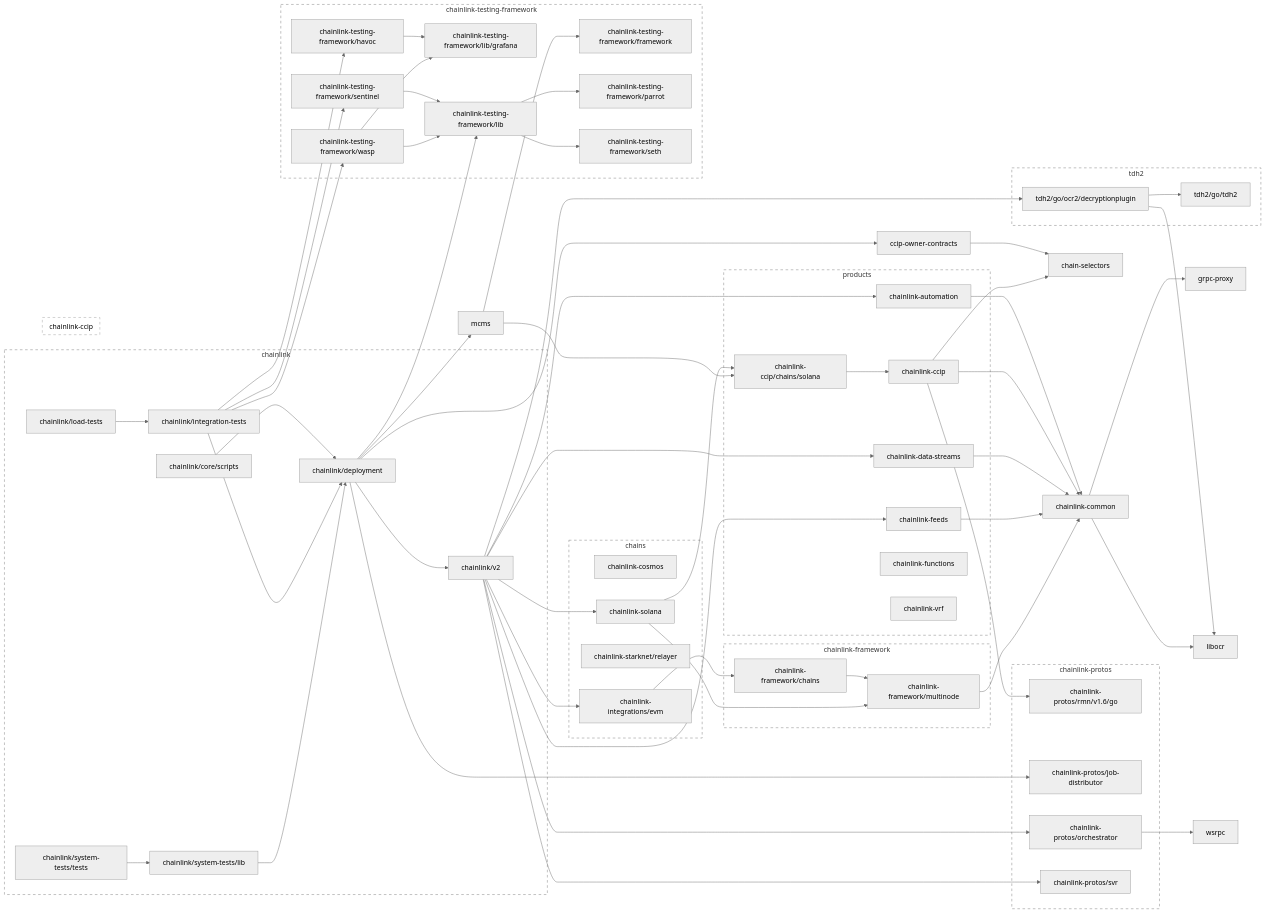
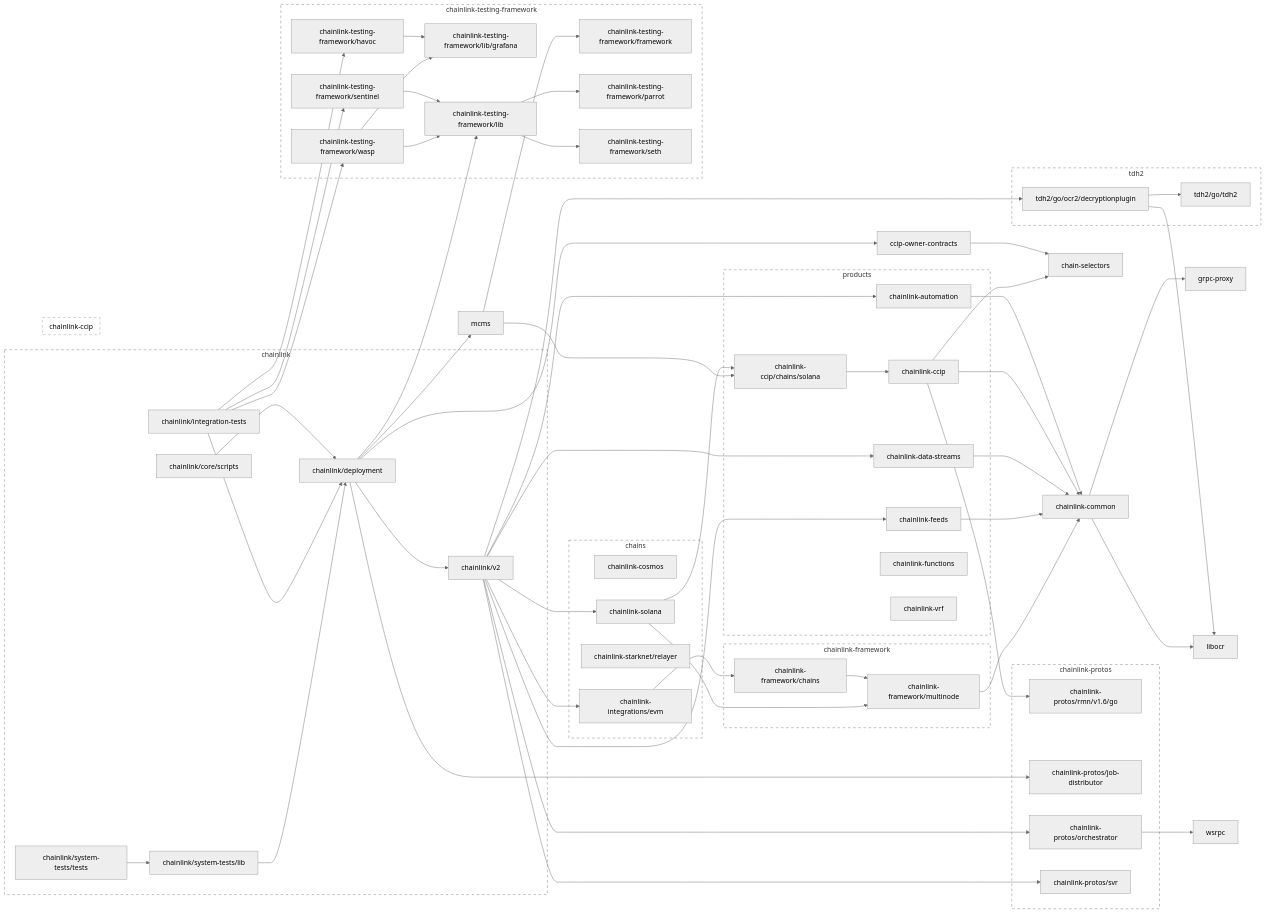
One commit to smartcontractkit/chainlink changed the second of 2 diagrams in go.md. Above: the diagram before and after it, drawn with Mermaid (neutral theme). The commit also changed 1 other file, not shown here.

Commit message:
update modgraph

```diff
--- a/go.md
+++ b/go.md
@@ -193,8 +193,6 @@
 	chainlink/integration-tests --> chainlink-testing-framework/wasp
 	chainlink/integration-tests --> chainlink/deployment
 	click chainlink/integration-tests href "https://github.com/smartcontractkit/chainlink"
-	chainlink/load-tests --> chainlink/integration-tests
-	click chainlink/load-tests href "https://github.com/smartcontractkit/chainlink"
 	chainlink/system-tests/lib --> chainlink/deployment
 	click chainlink/system-tests/lib href "https://github.com/smartcontractkit/chainlink"
 	chainlink/system-tests/tests --> chainlink/system-tests/lib
@@ -227,7 +225,6 @@
 		 chainlink/core/scripts
 		 chainlink/deployment
 		 chainlink/integration-tests
-		 chainlink/load-tests
 		 chainlink/system-tests/lib
 		 chainlink/system-tests/tests
 		 chainlink/v2
```
